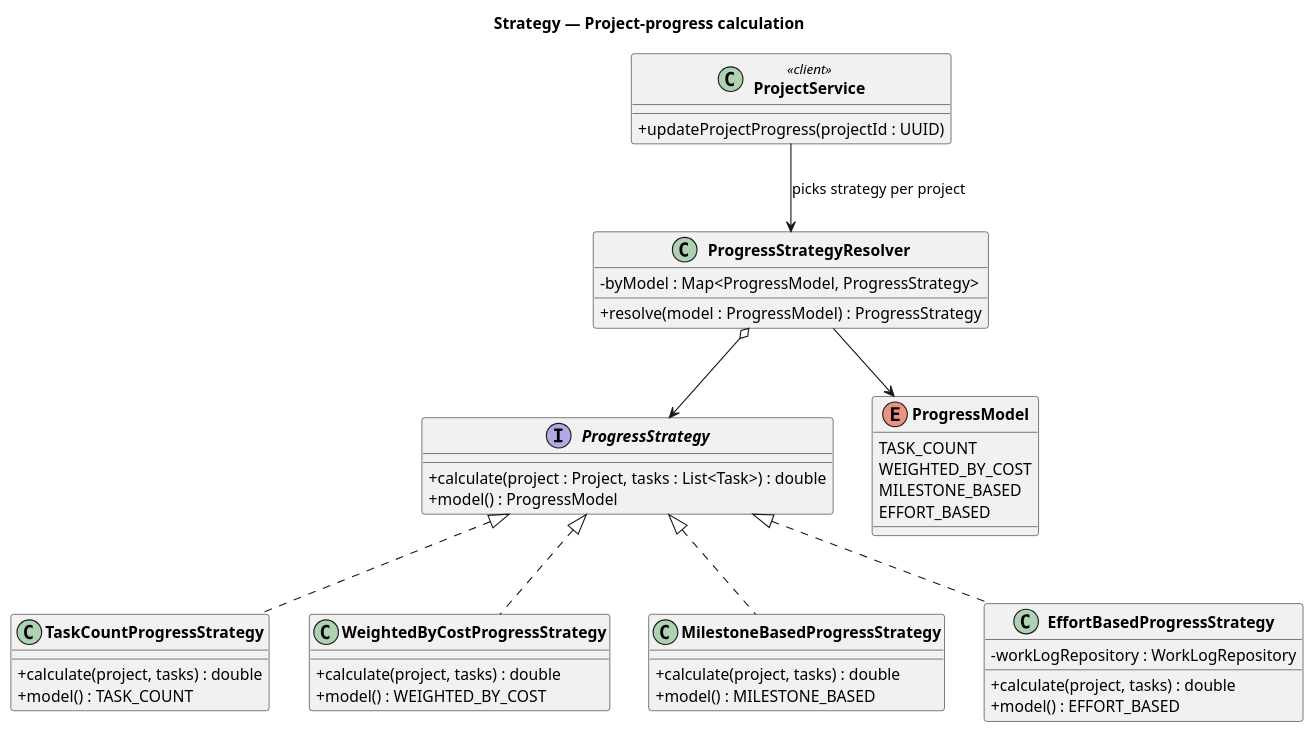
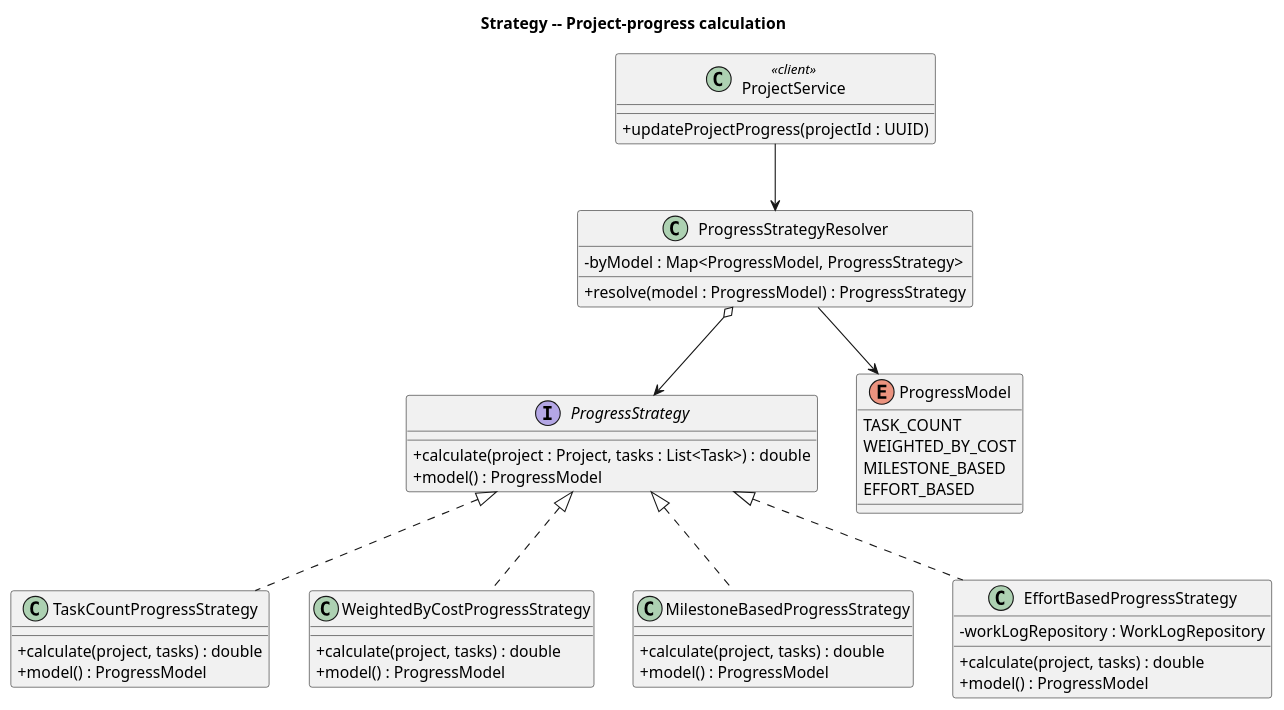
The diagram in docs/uml/05_strategy_progress.puml (OmarTheGrey/Constructflow-Project-Management), drawn with PlantUML before and after one commit. The commit also changed 16 other files, not shown here.

First line of the commit message:
docs(uml): fix PlantUML syntax, add rendered diagrams, rewrite README

```diff
--- a/docs/uml/05_strategy_progress.puml
+++ b/docs/uml/05_strategy_progress.puml
@@ -1,56 +1,58 @@
 @startuml strategy_progress
-title Strategy — Project-progress calculation
+title Strategy -- Project-progress calculation
 
 skinparam classAttributeIconSize 0
-skinparam classFontStyle bold
 skinparam backgroundColor white
 
 interface ProgressStrategy {
   + calculate(project : Project, tasks : List<Task>) : double
   + model() : ProgressModel
 }
 
 class TaskCountProgressStrategy {
   + calculate(project, tasks) : double
-  + model() : TASK_COUNT
+  + model() : ProgressModel
 }
+
 class WeightedByCostProgressStrategy {
   + calculate(project, tasks) : double
-  + model() : WEIGHTED_BY_COST
+  + model() : ProgressModel
 }
+
 class MilestoneBasedProgressStrategy {
   + calculate(project, tasks) : double
-  + model() : MILESTONE_BASED
+  + model() : ProgressModel
 }
+
 class EffortBasedProgressStrategy {
   - workLogRepository : WorkLogRepository
   + calculate(project, tasks) : double
-  + model() : EFFORT_BASED
+  + model() : ProgressModel
 }
 
 class ProgressStrategyResolver {
   - byModel : Map<ProgressModel, ProgressStrategy>
   + resolve(model : ProgressModel) : ProgressStrategy
 }
 
 class ProjectService <<client>> {
   + updateProjectProgress(projectId : UUID)
 }
 
 enum ProgressModel {
   TASK_COUNT
   WEIGHTED_BY_COST
   MILESTONE_BASED
   EFFORT_BASED
 }
 
 ProgressStrategy <|.. TaskCountProgressStrategy
 ProgressStrategy <|.. WeightedByCostProgressStrategy
 ProgressStrategy <|.. MilestoneBasedProgressStrategy
 ProgressStrategy <|.. EffortBasedProgressStrategy
 
 ProgressStrategyResolver o--> ProgressStrategy
-ProjectService --> ProgressStrategyResolver : picks strategy per project
+ProjectService --> ProgressStrategyResolver
 ProgressStrategyResolver --> ProgressModel
 
 @enduml
```
